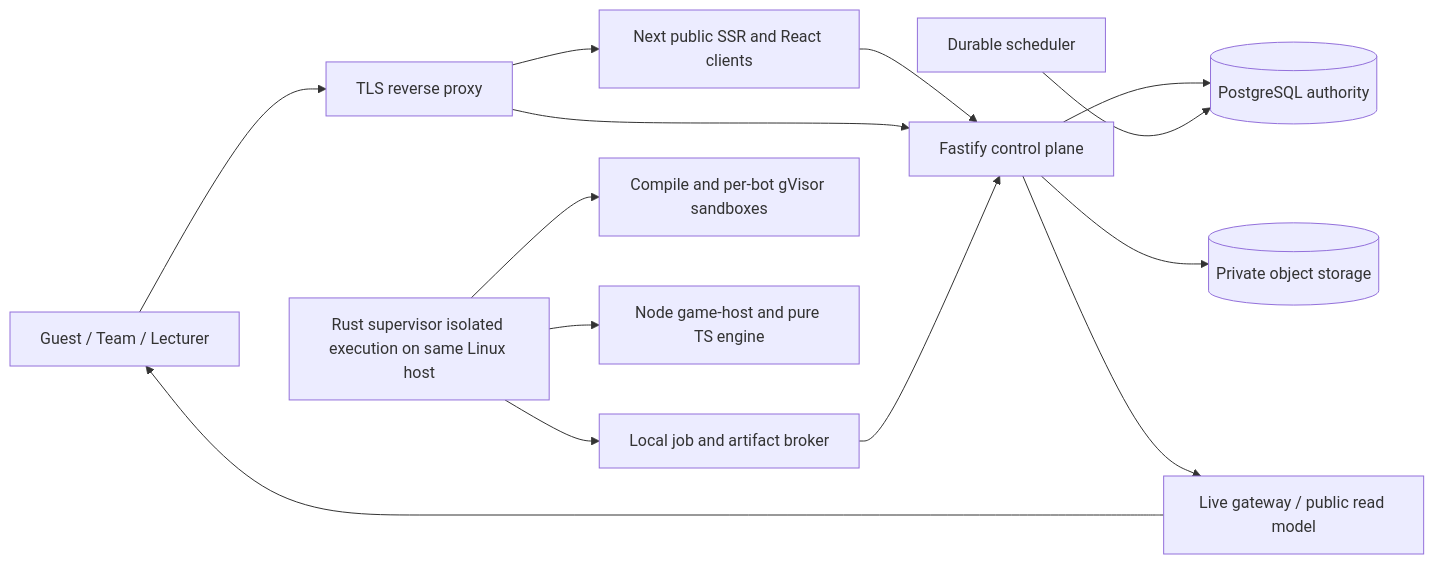
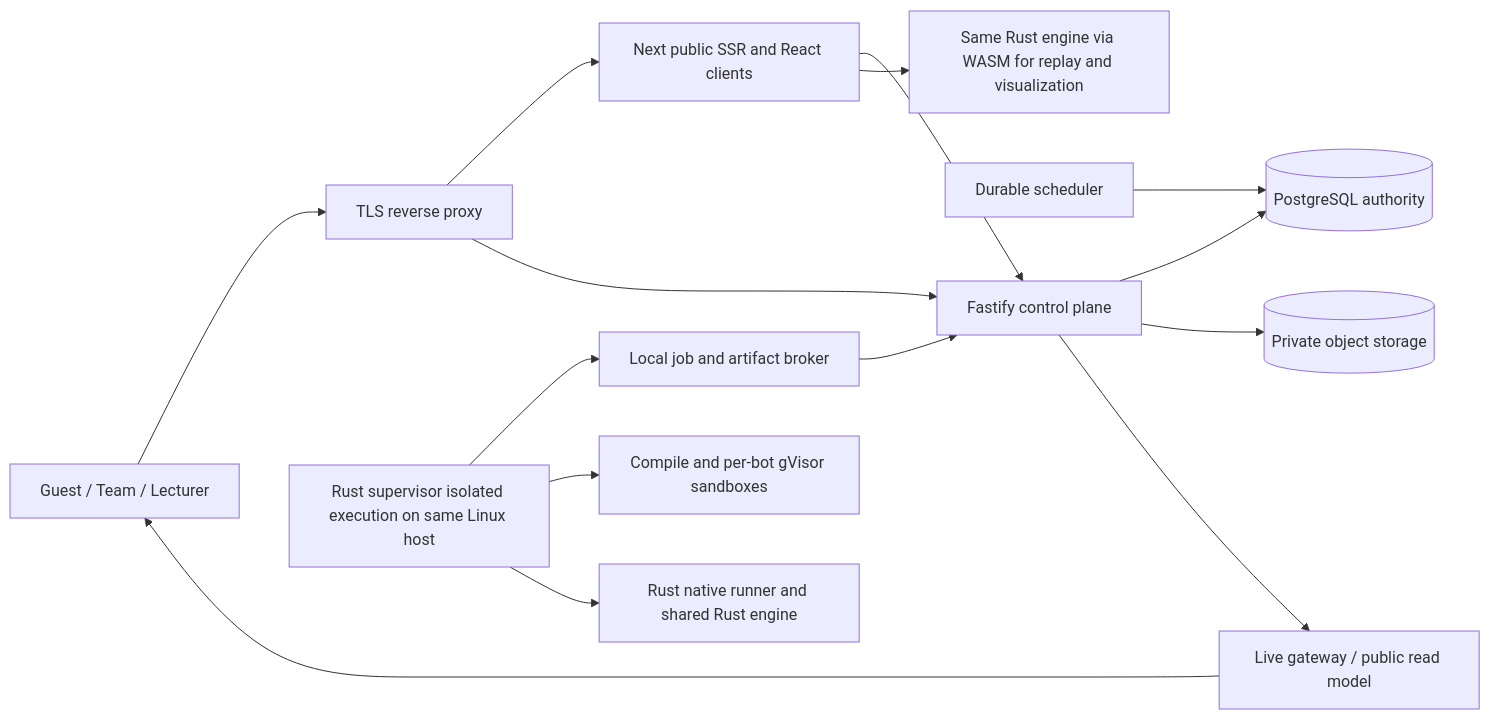
One commit to HaThaiCT/OanTuTiGame changed the diagram in docs/specs/v2/03-ARCHITECTURE-DATA-CONTRACTS.md. Above: the diagram before and after it, drawn with Mermaid. The commit also changed other lines of this file and 389 other files, not shown here.

````diff
--- a/docs/specs/v2/03-ARCHITECTURE-DATA-CONTRACTS.md
+++ b/docs/specs/v2/03-ARCHITECTURE-DATA-CONTRACTS.md
@@ -11,16 +11,17 @@
 ```mermaid
 flowchart LR
     Visitor[Guest / Team / Lecturer] --> Edge[TLS reverse proxy]
     Edge --> Web[Next public SSR and React clients]
     Web --> API[Fastify control plane]
     Edge --> API
     API --> PG[(PostgreSQL authority)]
     API --> OBJ[(Private object storage)]
     Scheduler[Durable scheduler] --> PG
     Worker[Rust supervisor isolated execution on same Linux host] --> Broker[Local job and artifact broker]
     Broker --> API
     Worker --> SB[Compile and per-bot gVisor sandboxes]
-    Worker --> Engine[Node game-host and pure TS engine]
+    Worker --> Runner[Rust native runner and shared Rust engine]
+    Web --> WASM[Same Rust engine via WASM for replay and visualization]
     API --> Live[Live gateway / public read model]
     Live --> Visitor
 ```
````
